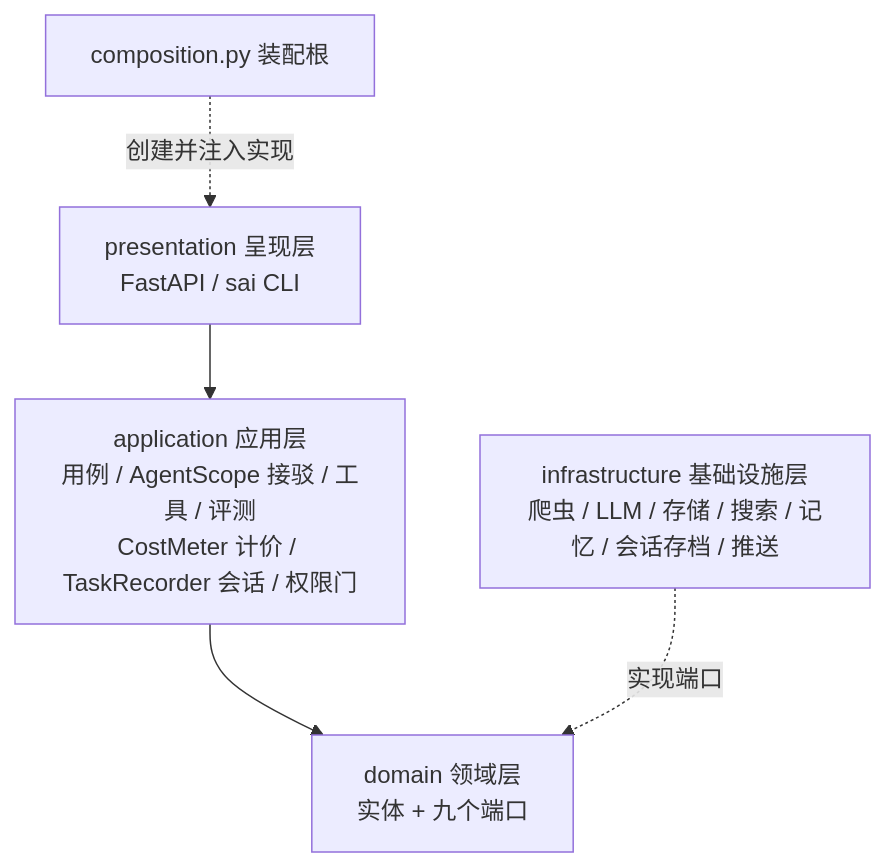
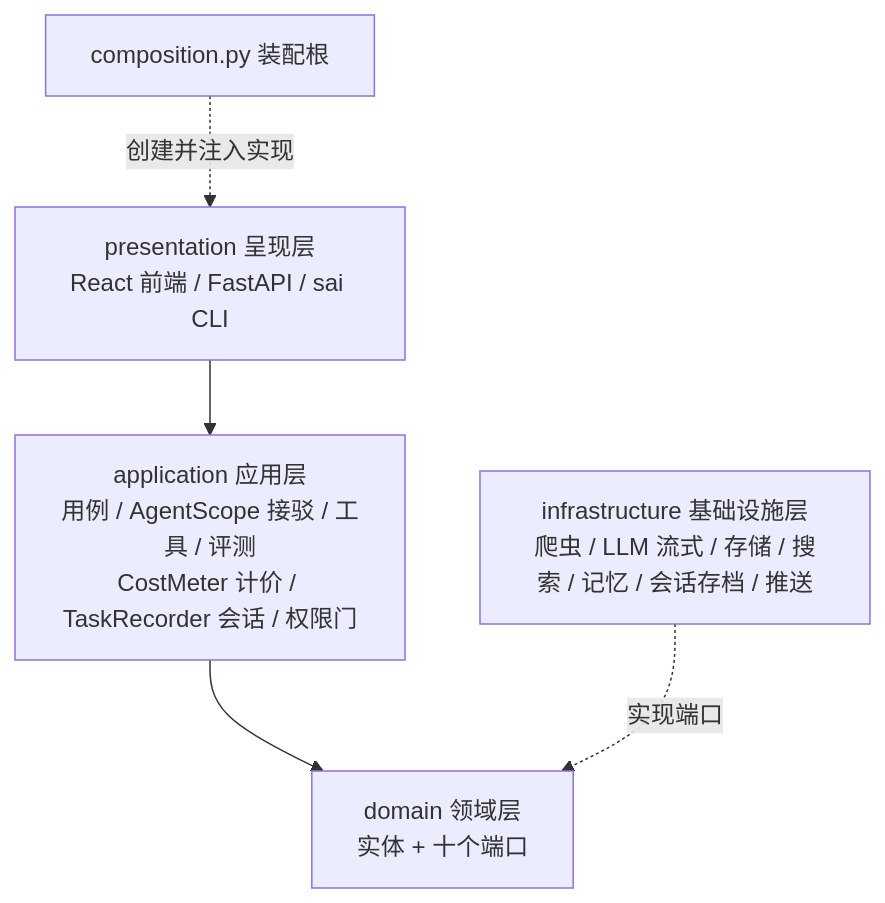
One commit to Baicaicn23/contest-agent changed the first of 2 diagrams in README.md. Above: the diagram before and after it, drawn with Mermaid. The commit also changed other lines of this file and 2 other files, not shown here.

````diff
--- a/README.md
+++ b/README.md
@@ -108,7 +126,7 @@
 ```mermaid
 flowchart TD
-    P[presentation 呈现层<br/>FastAPI / sai CLI] --> A[application 应用层<br/>用例 / AgentScope 接驳 / 工具 / 评测<br/>CostMeter 计价 / TaskRecorder 会话 / 权限门]
-    A --> D[domain 领域层<br/>实体 + 九个端口]
-    I[infrastructure 基础设施层<br/>爬虫 / LLM / 存储 / 搜索 / 记忆 / 会话存档 / 推送] -. 实现端口 .-> D
+    P[presentation 呈现层<br/>React 前端 / FastAPI / sai CLI] --> A[application 应用层<br/>用例 / AgentScope 接驳 / 工具 / 评测<br/>CostMeter 计价 / TaskRecorder 会话 / 权限门]
+    A --> D[domain 领域层<br/>实体 + 十个端口]
+    I[infrastructure 基础设施层<br/>爬虫 / LLM 流式 / 存储 / 搜索 / 记忆 / 会话存档 / 推送] -. 实现端口 .-> D
     C[composition.py 装配根] -. 创建并注入实现 .-> P
 ```
````
